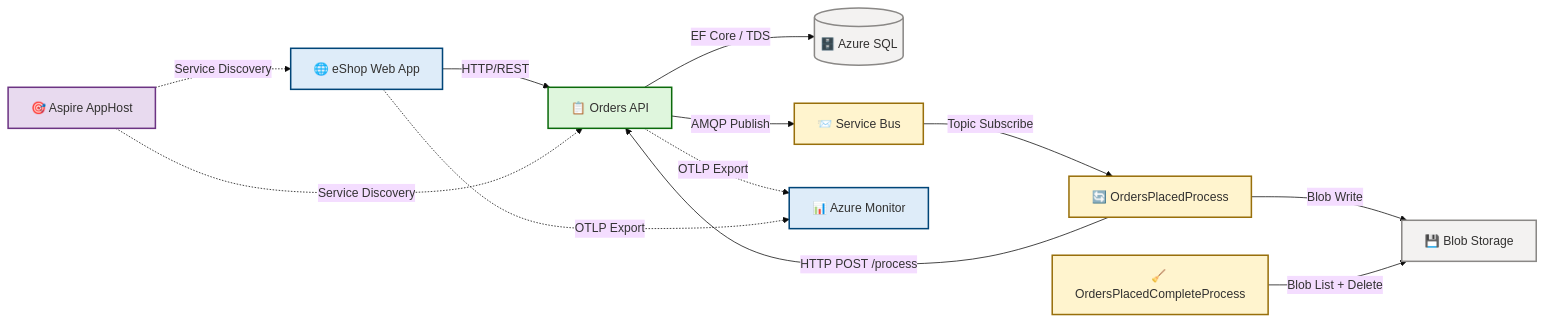
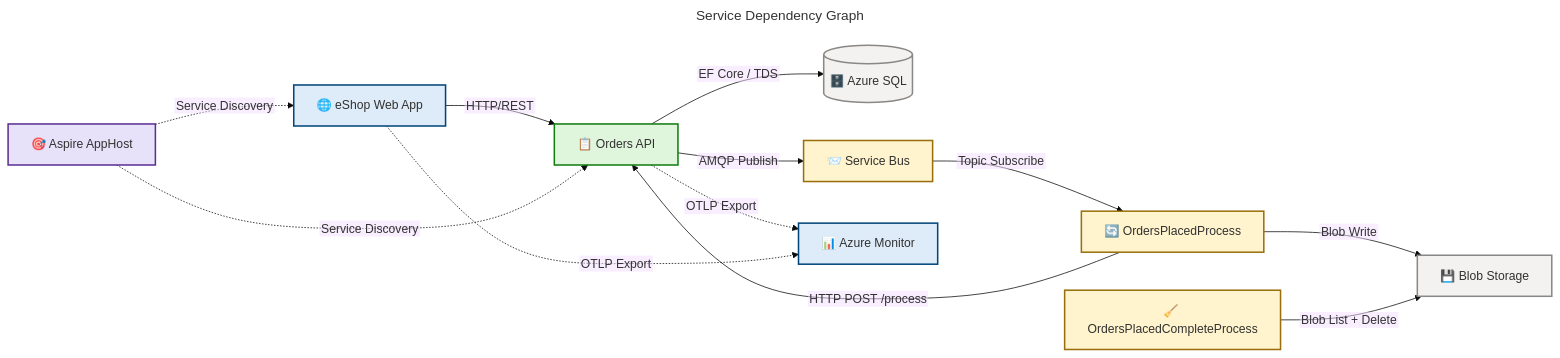
Diagram 13 of 13 in docs/architecture/Business-Layer-Architecture.md (Evilazaro/Azure-LogicApps-Monitoring), drawn with Mermaid before and after one commit. The commit also changed other lines of this file, not shown here.

Commit message:
docs: update mermaid diagrams for improved clarity and consistency in Business Architecture documentation

````diff
--- a/docs/architecture/Business-Layer-Architecture.md
+++ b/docs/architecture/Business-Layer-Architecture.md
@@ -1514,52 +1554,57 @@
 ```mermaid
 ---
+title: "Service Dependency Graph"
 config:
   theme: base
+  themeVariables:
+    fontSize: '16px'
+  flowchart:
+    htmlLabels: false
 ---
 flowchart LR
     accTitle: Service Dependency Graph
     accDescr: Shows all service dependencies and integration patterns between eShop components including HTTP, AMQP, SQL, and managed connector protocols
 
     %% ═══════════════════════════════════════════════════════════════
     %% AZURE / FLUENT ARCHITECTURE PATTERN v1.1
     %% Generated: 2026-02-18T10:30:00Z
     %% Layer: Business
     %% Components: 9
     %% Semantic classes: 4/5 used (presentation, service, data, workflow)
     %% ═══════════════════════════════════════════════════════════════
 
     webapp["🌐 eShop Web App"]
     api["📋 Orders API"]
     sql[("🗄️ Azure SQL")]
     sb["📨 Service Bus"]
     la1["🔄 OrdersPlacedProcess"]
     la2["🧹 OrdersPlacedCompleteProcess"]
     blob["💾 Blob Storage"]
     apphost["🎯 Aspire AppHost"]
     monitor["📊 Azure Monitor"]
 
     webapp -->|"HTTP/REST"| api
     api -->|"EF Core / TDS"| sql
     api -->|"AMQP Publish"| sb
     sb -->|"Topic Subscribe"| la1
     la1 -->|"HTTP POST /process"| api
     la1 -->|"Blob Write"| blob
     la2 -->|"Blob List + Delete"| blob
     apphost -.->|"Service Discovery"| webapp
     apphost -.->|"Service Discovery"| api
     api -.->|"OTLP Export"| monitor
     webapp -.->|"OTLP Export"| monitor
 
     classDef presentation fill:#DEECF9,stroke:#004578,stroke-width:2px,color:#323130
-    classDef service fill:#DFF6DD,stroke:#0B6A0B,stroke-width:2px,color:#323130
+    classDef service fill:#DFF6DD,stroke:#107C10,stroke-width:2px,color:#323130
     classDef data fill:#F3F2F1,stroke:#8A8886,stroke-width:2px,color:#323130
     classDef workflow fill:#FFF4CE,stroke:#986F0B,stroke-width:2px,color:#323130
-    classDef orchestrator fill:#E8DAEF,stroke:#6C3483,stroke-width:2px,color:#323130
+    classDef orchestrator fill:#E7E2FA,stroke:#5B2F91,stroke-width:2px,color:#323130
 
     class webapp presentation
     class api service
     class sql,blob data
     class sb,la1,la2 workflow
     class apphost orchestrator
     class monitor presentation
 ```
````
